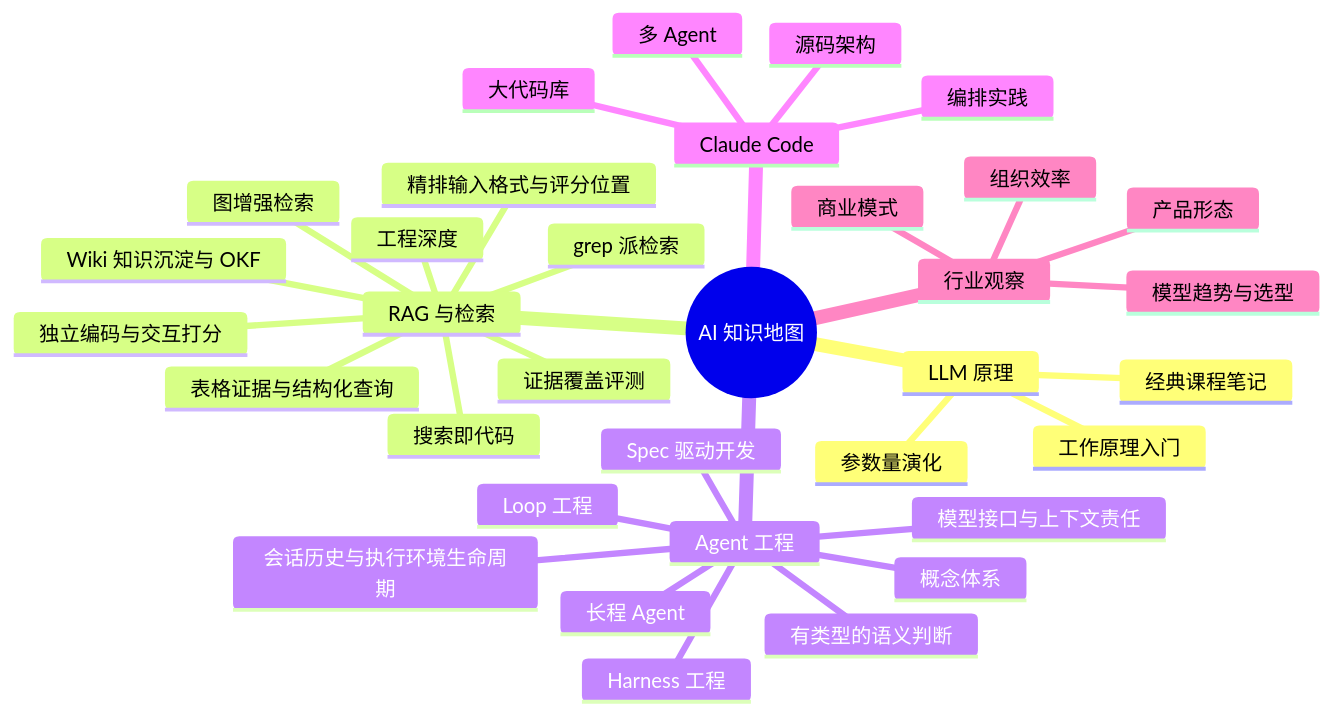
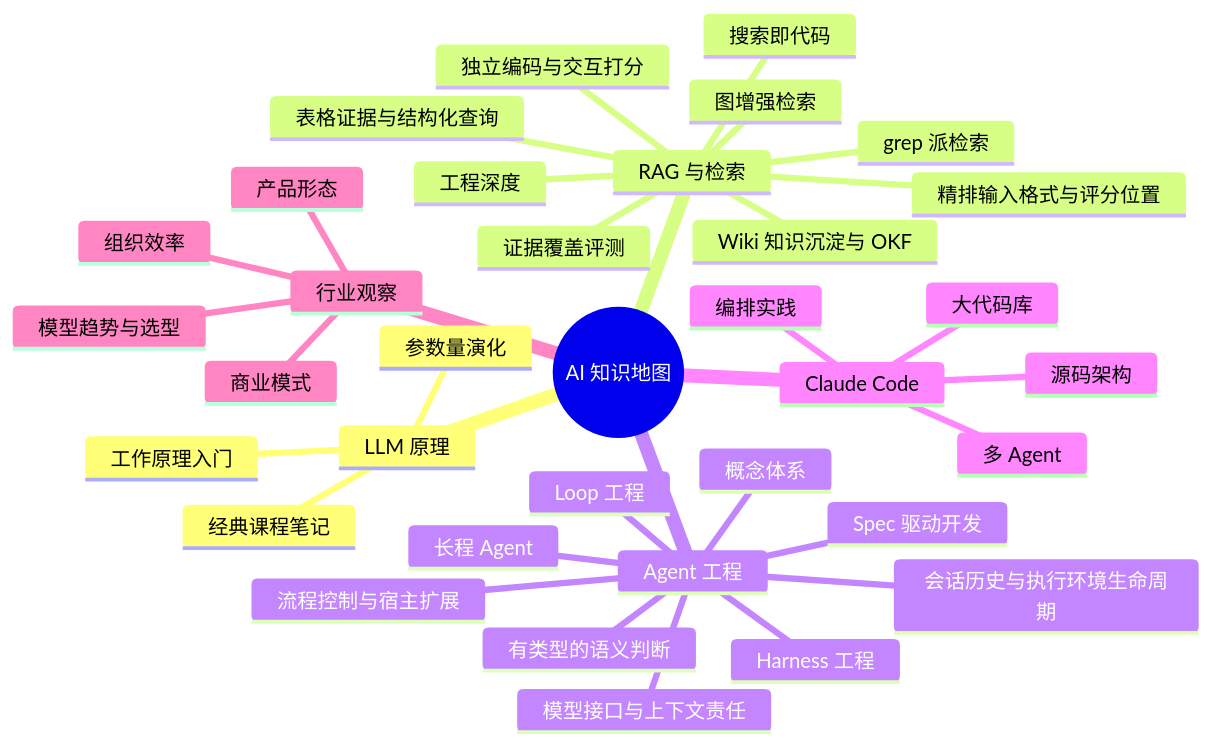
One commit to puppylpg/puppylpg.github.io changed the diagram in _wiki/ai-llm-agent.md. Above: the diagram before and after it, drawn with Mermaid. The commit also changed other lines of this file and 1 other file, not shown here.

````diff
--- a/_wiki/ai-llm-agent.md
+++ b/_wiki/ai-llm-agent.md
@@ -25,37 +25,38 @@
 ```mermaid
 mindmap
   root((AI 知识地图))
     LLM 原理
       工作原理入门
       参数量演化
       经典课程笔记
     RAG 与检索
       工程深度
       独立编码与交互打分
       精排输入格式与评分位置
       图增强检索
       grep 派检索
       搜索即代码
       证据覆盖评测
       表格证据与结构化查询
       Wiki 知识沉淀与 OKF
     Agent 工程
       概念体系
       Harness 工程
       Loop 工程
       长程 Agent
       Spec 驱动开发
       有类型的语义判断
       模型接口与上下文责任
       会话历史与执行环境生命周期
+      流程控制与宿主扩展
     Claude Code
       源码架构
       多 Agent
       大代码库
       编排实践
     行业观察
       产品形态
       商业模式
       组织效率
       模型趋势与选型
 ```
````
